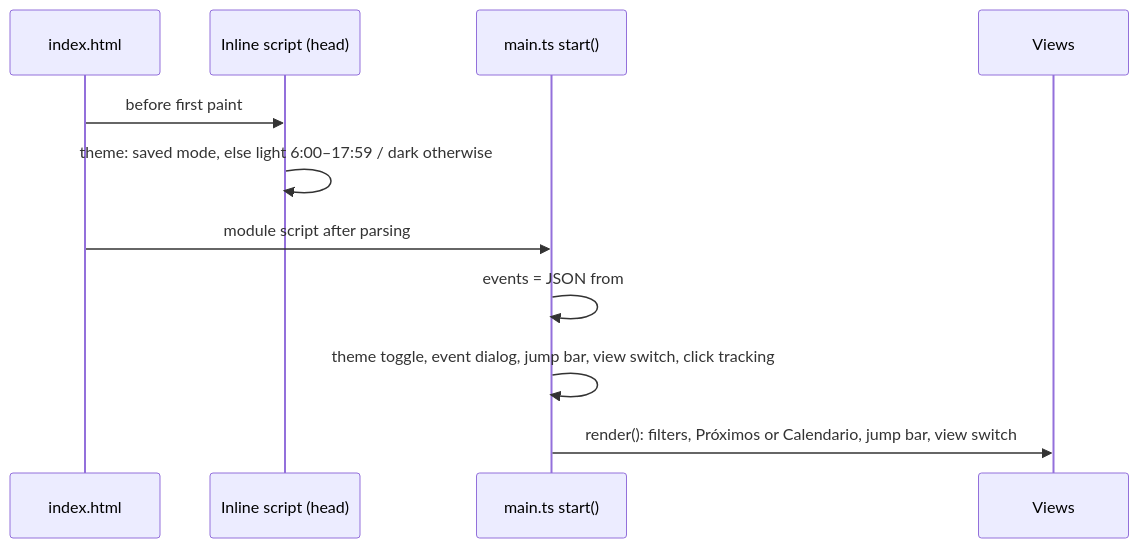
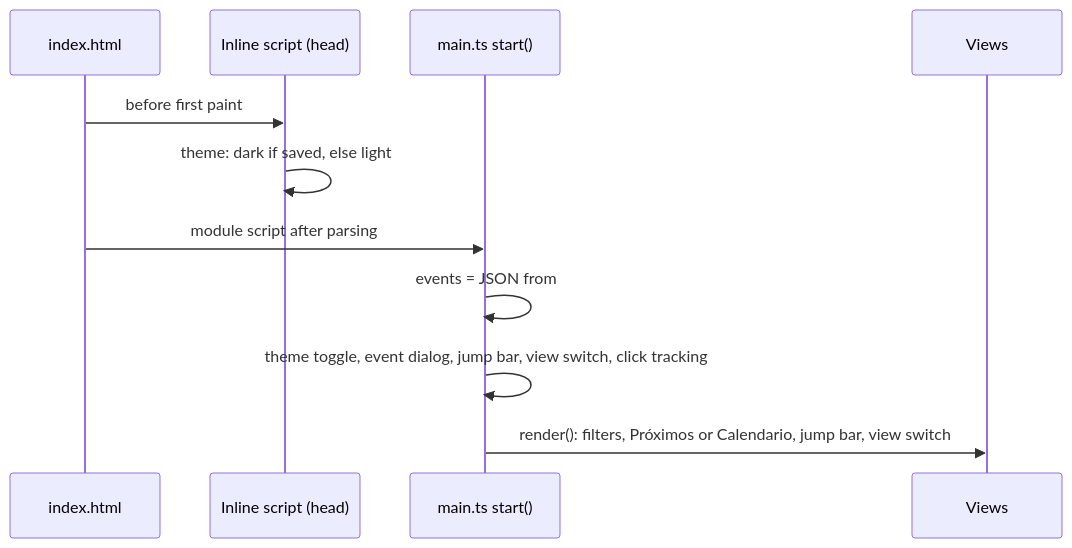
Before and after one commit to pa-bailar/pa-bailar.github.io: the sixth of 8 diagrams in docs/ARCHITECTURE.md, drawn with Mermaid. The commit also changed other lines of this file and 10 other files, not shown here.

First line of the commit message:
feat(theme): light by default, with a "Claro / Oscuro" switch that's remembered (#70)

````diff
--- a/docs/ARCHITECTURE.md
+++ b/docs/ARCHITECTURE.md
@@ -314,14 +314,14 @@
 ```mermaid
 sequenceDiagram
     participant H as index.html
     participant I as Inline script (head)
     participant M as main.ts start()
     participant V as Views
 
     H->>I: before first paint
-    I->>I: theme: saved mode, else light 6:00–17:59 / dark otherwise
+    I->>I: theme: dark if saved, else light
     H->>M: module script after parsing
     M->>M: events = JSON from #events-data
     M->>M: theme toggle, event dialog, jump bar, view switch, click tracking
     M->>V: render(): filters, Próximos or Calendario, jump bar, view switch
 ```
````
